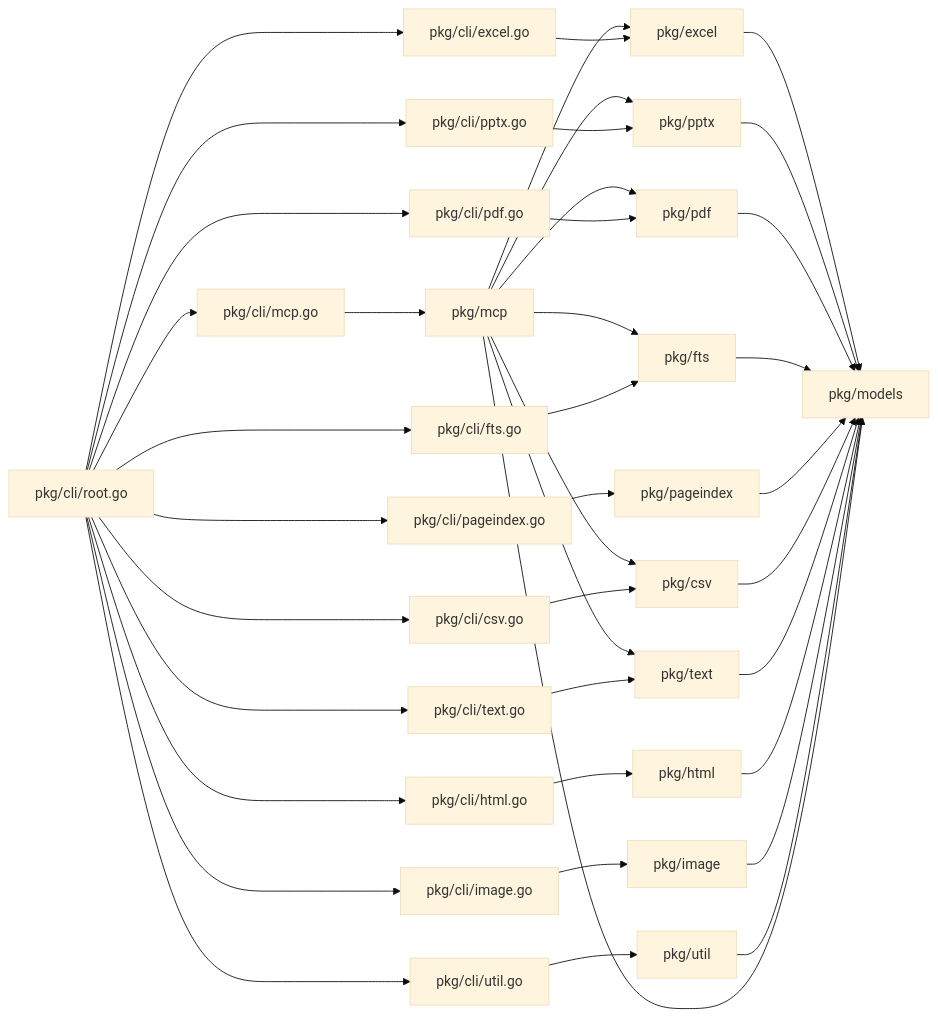
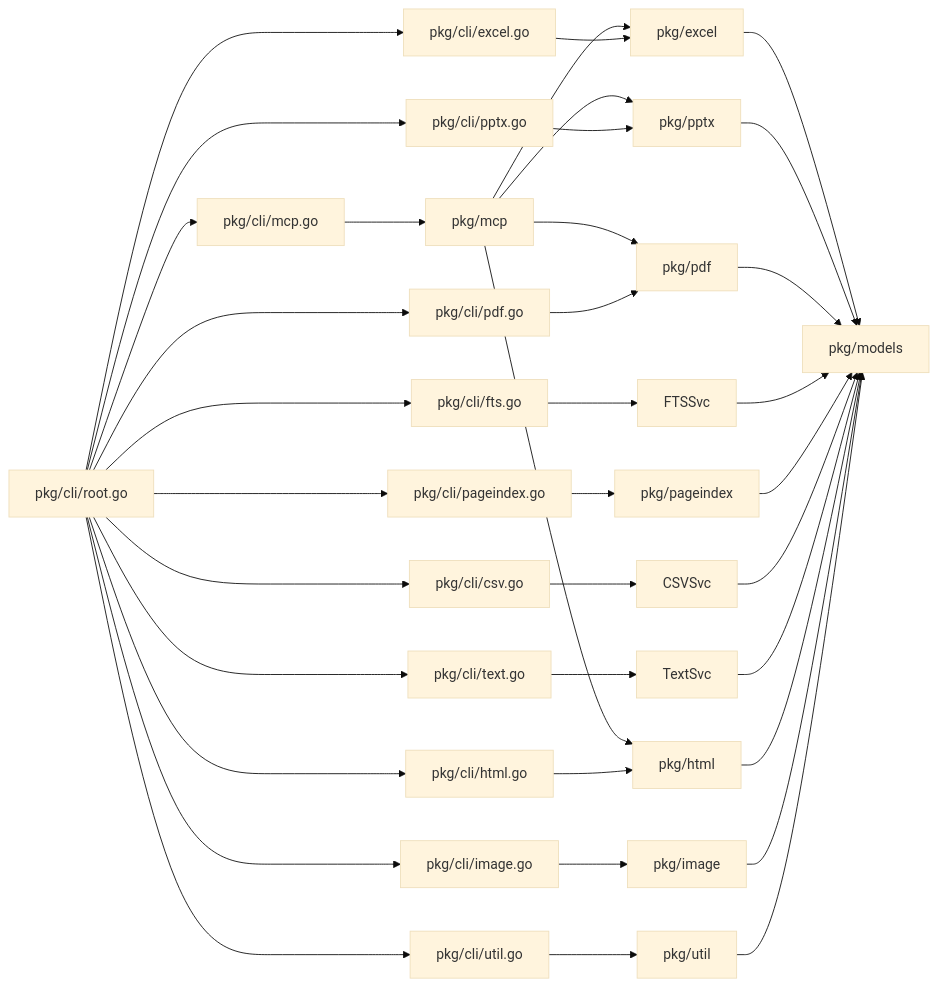
The fourth of 4 diagrams in doc/design.md (snaga/doctools-cli), drawn with Mermaid (base theme) before and after one commit. The commit also changed other lines of this file and 7 other files, not shown here.

First line of the commit message:
docs(specs): align design schema, diagrams, requirements, and versioning with implementation

````diff
--- a/doc/design.md
+++ b/doc/design.md
@@ -494,35 +495,33 @@
 ```mermaid
 graph LR
     RootCmd["pkg/cli/root.go"] --> ExcelCmd["pkg/cli/excel.go"]
     RootCmd --> PPTXCmd["pkg/cli/pptx.go"]
     RootCmd --> PDFCmd["pkg/cli/pdf.go"]
     RootCmd --> FTSCmd["pkg/cli/fts.go"]
     RootCmd --> PICmd["pkg/cli/pageindex.go"]
     RootCmd --> CSVCmd["pkg/cli/csv.go"]
     RootCmd --> TextCmd["pkg/cli/text.go"]
     RootCmd --> HTMLCmd["pkg/cli/html.go"]
     RootCmd --> ImageCmd["pkg/cli/image.go"]
     RootCmd --> UtilCmd["pkg/cli/util.go"]
     RootCmd --> MCPCmd["pkg/cli/mcp.go"]
     
     MCPCmd --> MCPSvc["pkg/mcp"]
     MCPSvc --> ExcelSvc["pkg/excel"]
     MCPSvc --> PPTXSvc["pkg/pptx"]
     MCPSvc --> PDFSvc["pkg/pdf"]
-    MCPSvc --> FTSSvc["pkg/fts"]
-    MCPSvc --> CSVSvc["pkg/csv"]
-    MCPSvc --> TextSvc["pkg/text"]
+    MCPSvc --> HTMLSvc["pkg/html"]
 
     ExcelCmd --> ExcelSvc
     PPTXCmd --> PPTXSvc
     PDFCmd --> PDFSvc
     FTSCmd --> FTSSvc
     PICmd --> PISvc["pkg/pageindex"]
     CSVCmd --> CSVSvc
     TextCmd --> TextSvc
-    HTMLCmd --> HTMLSvc["pkg/html"]
+    HTMLCmd --> HTMLSvc
     ImageCmd --> ImageSvc["pkg/image"]
     UtilCmd --> UtilSvc["pkg/util"]
 
-    ExcelSvc & PPTXSvc & PDFSvc & FTSSvc & PISvc & CSVSvc & TextSvc & HTMLSvc & ImageSvc & UtilSvc & MCPSvc --> ModelsPkg["pkg/models"]
+    ExcelSvc & PPTXSvc & PDFSvc & FTSSvc & PISvc & CSVSvc & TextSvc & HTMLSvc & ImageSvc & UtilSvc --> ModelsPkg["pkg/models"]
 ```
````
